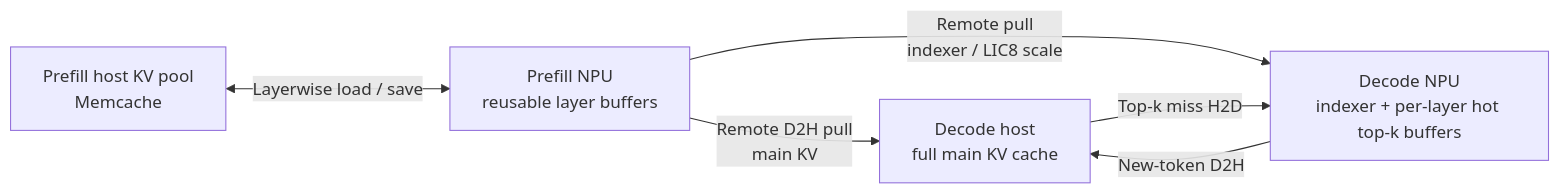
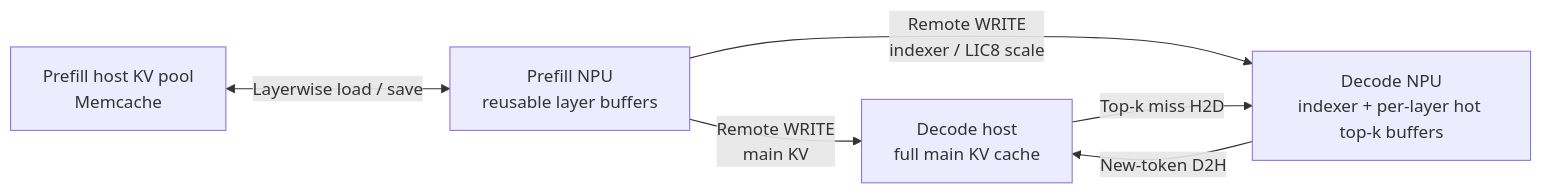
The diagram in docs/source/developer_guide/Design_Documents/layerwise_and_sparse_kv_cache_offloading.md (vllm-project/vllm-ascend), drawn with Mermaid before and after one commit. The commit also changed other lines of this file and 8 other files, not shown here.

````diff
--- a/docs/source/developer_guide/Design_Documents/layerwise_and_sparse_kv_cache_offloading.md
+++ b/docs/source/developer_guide/Design_Documents/layerwise_and_sparse_kv_cache_offloading.md
@@ -60,13 +59,13 @@
 ```mermaid
 flowchart LR
     PHost["Prefill host KV pool<br/>Memcache"]
     PNPU["Prefill NPU<br/>reusable layer buffers"]
     DHost["Decode host<br/>full main KV cache"]
     DNPU["Decode NPU<br/>indexer + per-layer hot top-k buffers"]
 
     PHost <-->|"Layerwise load / save"| PNPU
-    PNPU -->|"Remote D2H pull<br/>main KV"| DHost
-    PNPU -->|"Remote pull<br/>indexer / LIC8 scale"| DNPU
+    PNPU -->|"Remote WRITE<br/>main KV"| DHost
+    PNPU -->|"Remote WRITE<br/>indexer / LIC8 scale"| DNPU
     DNPU -->|"New-token D2H"| DHost
     DHost -->|"Top-k miss H2D"| DNPU
 ```
````
